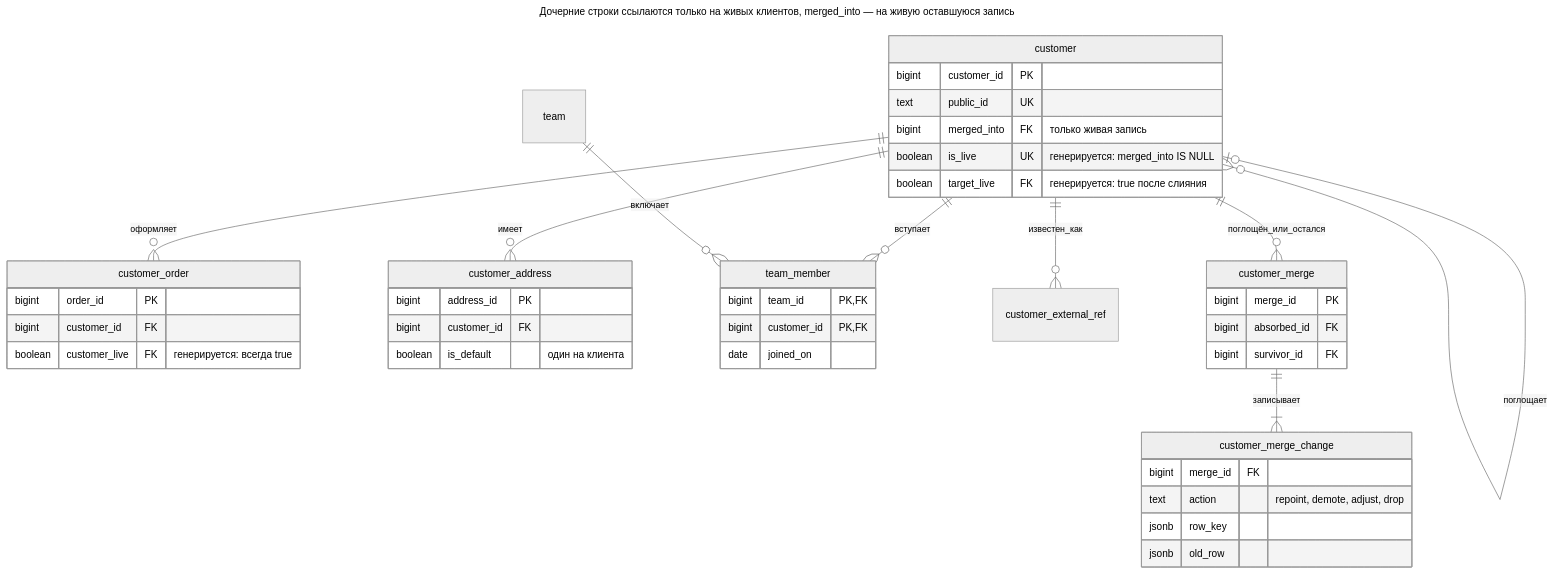
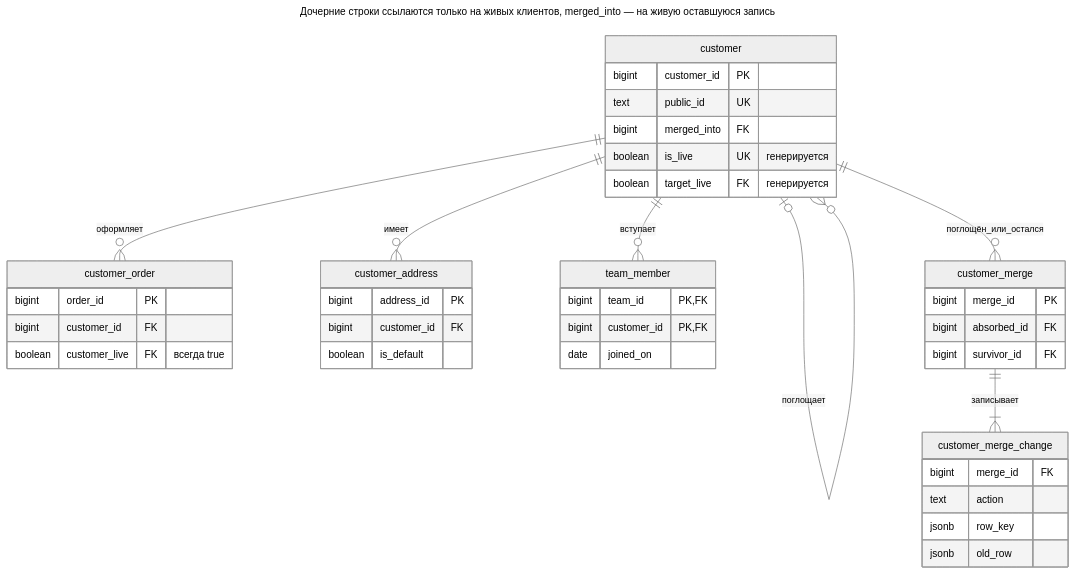
One commit to mokevnin/database-design-patterns changed the second of 5 diagrams in book/ru/record-merge.md. Above: the diagram before and after it, drawn with Mermaid (neutral theme). The commit also changed other lines of this file and 7 other files, not shown here.

First line of the commit message:
fix: make new chapter diagrams render and fit the column (#28)

````diff
--- a/book/ru/record-merge.md
+++ b/book/ru/record-merge.md
@@ -87,50 +87,47 @@
 ```mermaid
 ---
 title: Дочерние строки ссылаются только на живых клиентов, merged_into — на живую оставшуюся запись
 ---
 erDiagram
     customer |o--o{ customer : поглощает
     customer ||--o{ customer_order : оформляет
     customer ||--o{ customer_address : имеет
     customer ||--o{ team_member : вступает
-    team ||--o{ team_member : включает
-    customer ||--o{ customer_external_ref : известен_как
     customer_merge ||--|{ customer_merge_change : записывает
     customer ||--o{ customer_merge : поглощён_или_остался
     customer {
         bigint customer_id PK
         text public_id UK
-        bigint merged_into FK "только живая запись"
-        boolean is_live UK "генерируется: merged_into IS NULL"
-        boolean target_live FK "генерируется: true после слияния"
+        bigint merged_into FK
+        boolean is_live UK "генерируется"
+        boolean target_live FK "генерируется"
     }
     customer_order {
         bigint order_id PK
         bigint customer_id FK
-        boolean customer_live FK "генерируется: всегда true"
+        boolean customer_live FK "всегда true"
     }
     customer_address {
         bigint address_id PK
         bigint customer_id FK
-        boolean is_default "один на клиента"
+        boolean is_default
     }
     team_member {
         bigint team_id PK, FK
         bigint customer_id PK, FK
         date joined_on
     }
     customer_merge {
         bigint merge_id PK
         bigint absorbed_id FK
         bigint survivor_id FK
     }
     customer_merge_change {
         bigint merge_id FK
-        text action "repoint, demote, adjust, drop"
+        text action
         jsonb row_key
         jsonb old_row
     }
     class customer accent
     class customer_merge,customer_merge_change accent
-    class team muted
 ```
````
